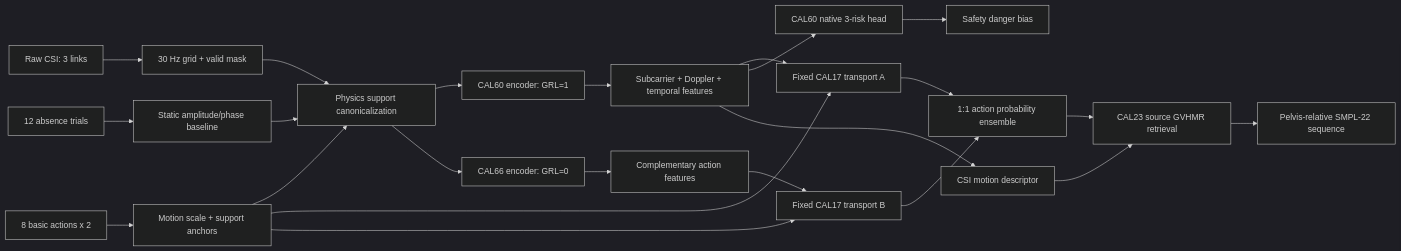
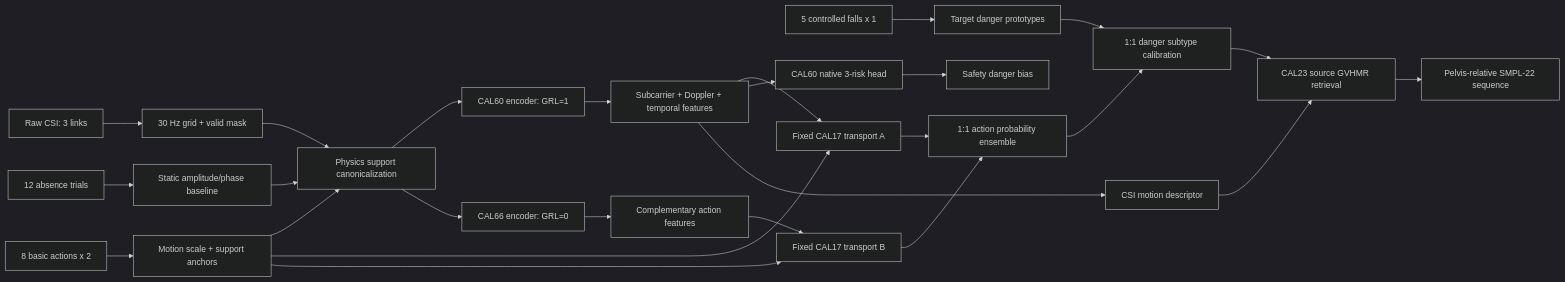
One commit to jjyoon012-git/NotiFi changed the diagram in CSI-to-Pose-v2/README.md. Above: the diagram before and after it, drawn with Mermaid (dark theme). The commit also changed other lines of this file and 26 other files, not shown here.

````diff
--- a/CSI-to-Pose-v2/README.md
+++ b/CSI-to-Pose-v2/README.md
@@ -84,25 +86,28 @@
 ```mermaid
 flowchart LR
     A["Raw CSI: 3 links"] --> B["30 Hz grid + valid mask"]
     C["12 absence trials"] --> D["Static amplitude/phase baseline"]
     E["8 basic actions x 2"] --> F["Motion scale + support anchors"]
+    Q["5 controlled falls x 1"] --> R["Target danger prototypes"]
     B --> G["Physics support canonicalization"]
     D --> G
     F --> G
     G --> H1["CAL60 encoder: GRL=1"]
     G --> H2["CAL66 encoder: GRL=0"]
     H1 --> I1["Subcarrier + Doppler + temporal features"]
     H2 --> I2["Complementary action features"]
     F --> J1["Fixed CAL17 transport A"]
     F --> J2["Fixed CAL17 transport B"]
     I1 --> J1
     I2 --> J2
     J1 --> K["1:1 action probability ensemble"]
     J2 --> K
+    R --> S["1:1 danger subtype calibration"]
+    K --> S
     I1 --> L["CAL60 native 3-risk head"]
     L --> M["Safety danger bias"]
     I1 --> N["CSI motion descriptor"]
     N --> O["CAL23 source GVHMR retrieval"]
-    K --> O
+    S --> O
     O --> P["Pelvis-relative SMPL-22 sequence"]
 ```
````
